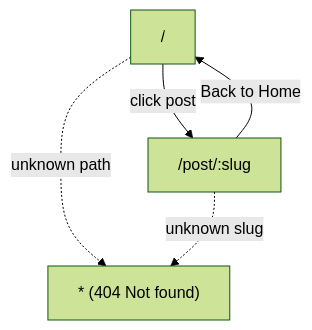
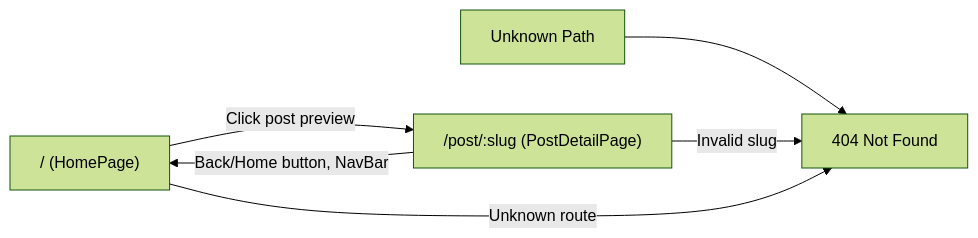
Before and after one commit to kavia-common/fashion-trends-blog-5800-5809: the diagram in frontend_react_blog/docs/routing_architecture.md, drawn with Mermaid (forest theme). The commit also changed other lines of this file and 3 other files, not shown here.

````diff
--- a/frontend_react_blog/docs/routing_architecture.md
+++ b/frontend_react_blog/docs/routing_architecture.md
@@ -27,7 +42,8 @@
 ```mermaid
-flowchart TD
-    R1["/"] -->|click post| R2["/post/:slug"]
-    R2 -->|Back to Home| R1
-    R1 -.->|unknown path| R3["* (404 Not found)"]
-    R2 -.->|unknown slug| R3
+flowchart LR
+    R1["/ (HomePage)"] -- "Click post preview" --> R2["/post/:slug (PostDetailPage)"]
+    R2 -- "Back/Home button, NavBar" --> R1
+    R3["Unknown Path"] --> R4["404 Not Found"]
+    R2 -- "Invalid slug" --> R4
+    R1 -- "Unknown route" --> R4
 ```
````
